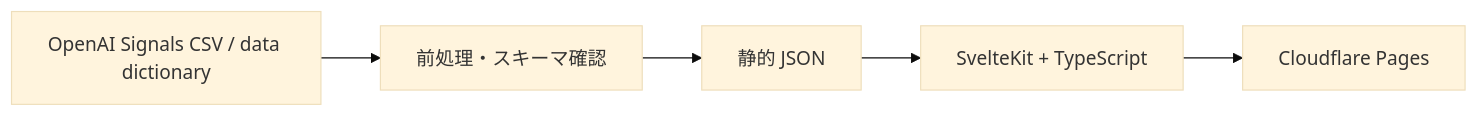
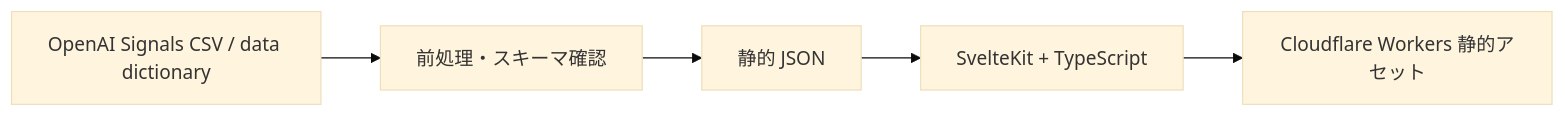
The diagram in docs/architecture.md (takafumikobayashi/signals-japan-insight), drawn with Mermaid (base theme) before and after one commit. The commit also changed other lines of this file and 10 other files, not shown here.

First line of the commit message:
Cloudflare Workers の静的アセット配信用に wrangler.jsonc を追加

````diff
--- a/docs/architecture.md
+++ b/docs/architecture.md
@@ -21,7 +21,7 @@
 ```mermaid
 flowchart LR
   A[OpenAI Signals CSV / data dictionary] --> B[前処理・スキーマ確認]
   B --> C[静的 JSON]
   C --> D[SvelteKit + TypeScript]
-  D --> E[Cloudflare Pages]
+  D --> E[Cloudflare Workers 静的アセット]
 ```
````
